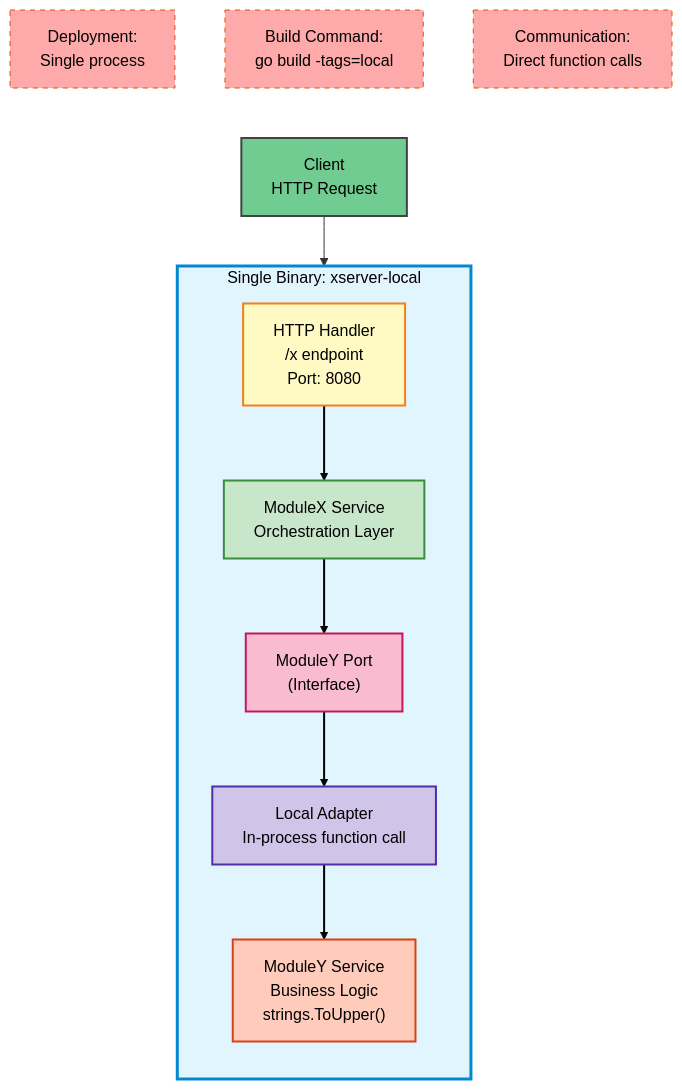
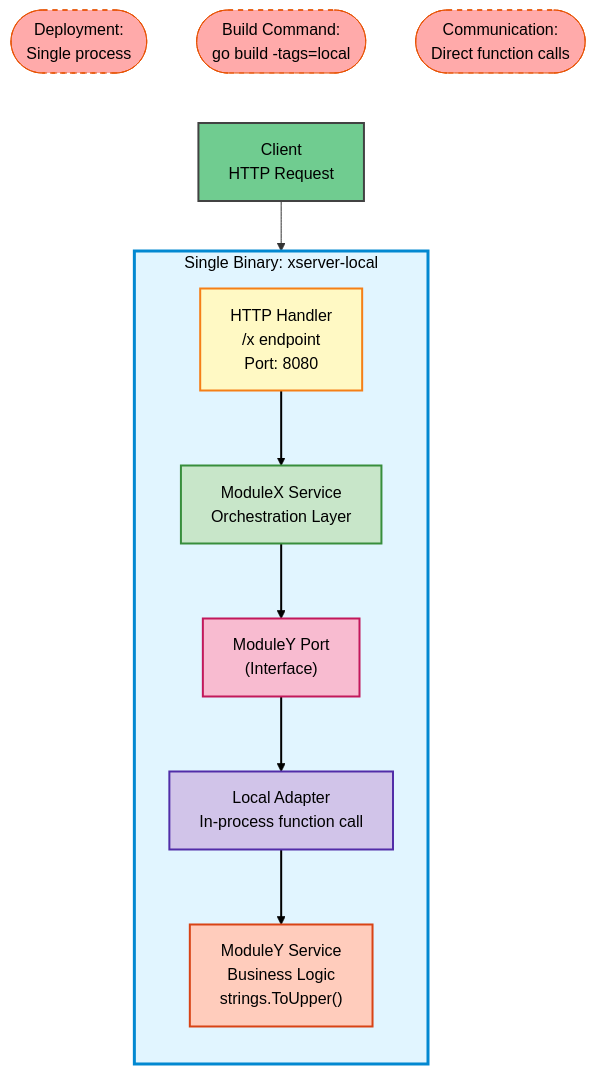
One commit to arbitraryusername/mono-to-micro-poc changed the diagram in docs/local_diagram.md. Above: the diagram before and after it, drawn with Mermaid. The commit also changed 1 other file, not shown here.

Commit message:
make note boxes ovals to differentiate them from the actual workflow diagram components

````diff
--- a/docs/local_diagram.md
+++ b/docs/local_diagram.md
@@ -1,42 +1,42 @@
 ```mermaid
 graph TB
-    note3["Deployment:<br/>Single process"]
-    note1["Build Command:<br/>go build -tags=local"]
-    note2["Communication:<br/>Direct function calls"]
+    note3(["Deployment:<br/>Single process"])
+    note1(["Build Command:<br/>go build -tags=local"])
+    note2(["Communication:<br/>Direct function calls"])
     
     client["Client<br/>HTTP Request"]
     
     subgraph binary["Single Binary: xserver-local"]
         direction TB
         http["HTTP Handler<br/>/x endpoint<br/>Port: 8080"]
         modulex["ModuleX Service<br/>Orchestration Layer"]
         port["ModuleY Port<br/>(Interface)"]
         adapter["Local Adapter<br/>In-process function call"]
         moduley["ModuleY Service<br/>Business Logic<br/>strings.ToUpper()"]
         
         http --> modulex
         modulex --> port
         port --> adapter
         adapter --> moduley
     end
     
     client --> http
     
     note3 ~~~ client
     note1 ~~~ client
     note2 ~~~ client
     
     style binary fill:#e1f5ff,stroke:#0288d1,stroke-width:3px,color:#000000
     style http fill:#fff9c4,stroke:#f57f17,stroke-width:2px,color:#000000
     style modulex fill:#c8e6c9,stroke:#388e3c,stroke-width:2px,color:#000000
     style port fill:#f8bbd0,stroke:#c2185b,stroke-width:2px,color:#000000
     style adapter fill:#d1c4e9,stroke:#512da8,stroke-width:2px,color:#000000
     style moduley fill:#ffccbc,stroke:#d84315,stroke-width:2px,color:#000000
     style client fill:#70cc90,stroke:#424242,stroke-width:2px,color:#000000
     style note1 fill:#FAA,stroke:#e65100,stroke-width:1px,stroke-dasharray: 5 5,color:#000000
     style note2 fill:#FAA,stroke:#e65100,stroke-width:1px,stroke-dasharray: 5 5,color:#000000
     style note3 fill:#FAA,stroke:#e65100,stroke-width:1px,stroke-dasharray: 5 5,color:#000000
     
     linkStyle 0,1,2,3 stroke:#000000,stroke-width:2px
 
 ```
````
